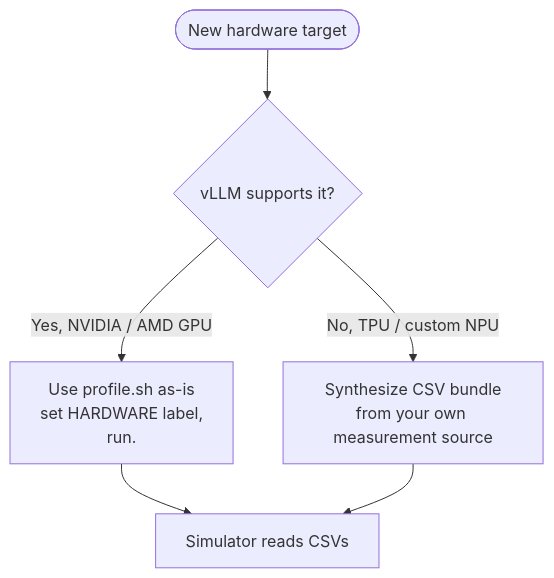
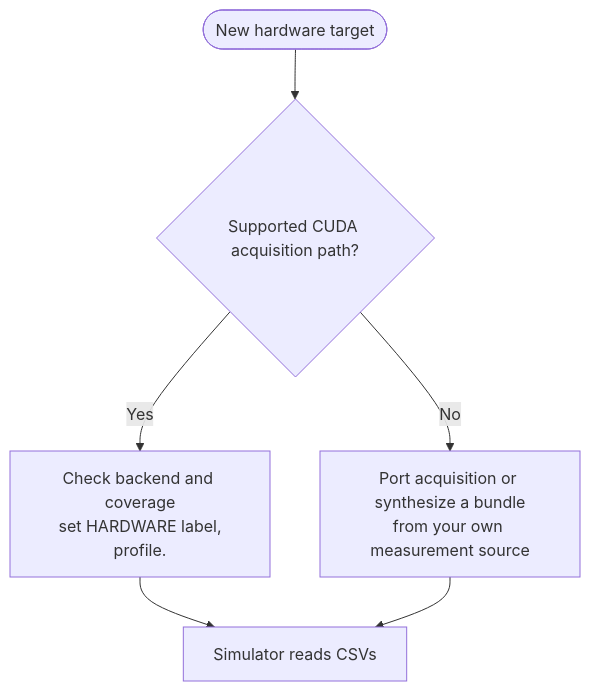
One commit to casys-kaist/LLMServingSim changed the diagram in docs/docs/profiler/adding-hardware.md. Above: the diagram before and after it, drawn with Mermaid. The commit also changed other lines of this file and 36 other files, not shown here.

````diff
--- a/docs/docs/profiler/adding-hardware.md
+++ b/docs/docs/profiler/adding-hardware.md
@@ -13,8 +14,8 @@
 ```mermaid
 flowchart TD
-    START([New hardware target]) --> Q{vLLM supports it?}
-    Q -->|Yes, NVIDIA / AMD GPU| GPU[Use profile.sh as-is<br/>set HARDWARE label,<br/>run.]
-    Q -->|No, TPU / custom NPU| SYNTH[Synthesize CSV bundle<br/>from your own measurement source]
+    START([New hardware target]) --> Q{Supported CUDA acquisition path?}
+    Q -->|Yes| GPU[Check backend and coverage<br/>set HARDWARE label,<br/>profile.]
+    Q -->|No| SYNTH[Port acquisition or synthesize a bundle<br/>from your own measurement source]
     GPU --> CONSUME[Simulator reads CSVs]
     SYNTH --> CONSUME
 ```
````
